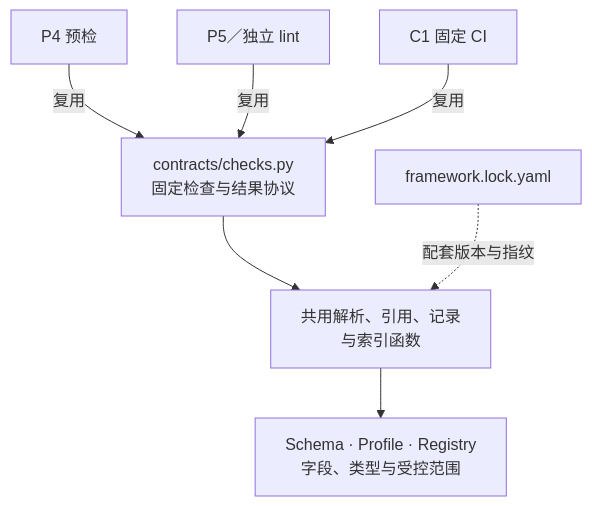
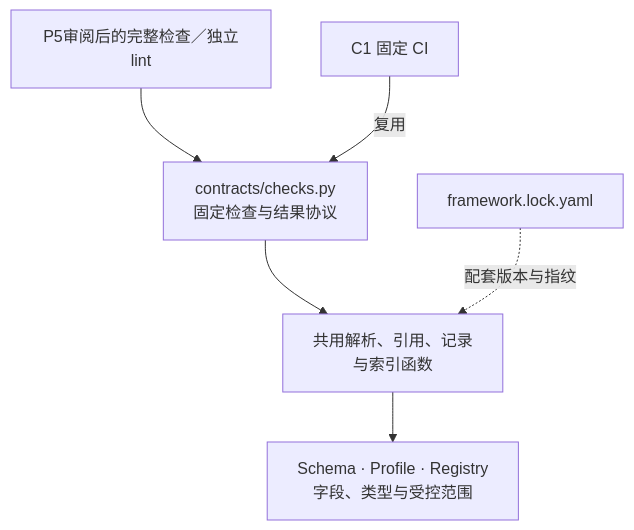
One commit to Robin-hhc/FactumCore changed diagram 24 of 27 in himate-knowledge-wifi-mp/docs-llm-wiki/知识库详细设计.md. Above: the diagram before and after it, drawn with Mermaid. The commit also changed other lines of this file and 323 other files, not shown here.

````diff
--- a/himate-knowledge-wifi-mp/docs-llm-wiki/知识库详细设计.md
+++ b/himate-knowledge-wifi-mp/docs-llm-wiki/知识库详细设计.md
@@ -914,9 +871,8 @@
 ```mermaid
 flowchart TD
-    PRE["P4 预检"] -->|复用| CHECKS["contracts/checks.py<br/>固定检查与结果协议"]
-    LINT["P5／独立 lint"] -->|复用| CHECKS
+    LINT["P5审阅后的完整检查／独立lint"] --> CHECKS["contracts/checks.py<br/>固定检查与结果协议"]
     CI["C1 固定 CI"] -->|复用| CHECKS
     CHECKS --> CORE["共用解析、引用、记录<br/>与索引函数"]
     CORE --> RULE["Schema · Profile · Registry<br/>字段、类型与受控范围"]
     LOCK["framework.lock.yaml"] -. 配套版本与指纹 .-> CORE
 ```
````
